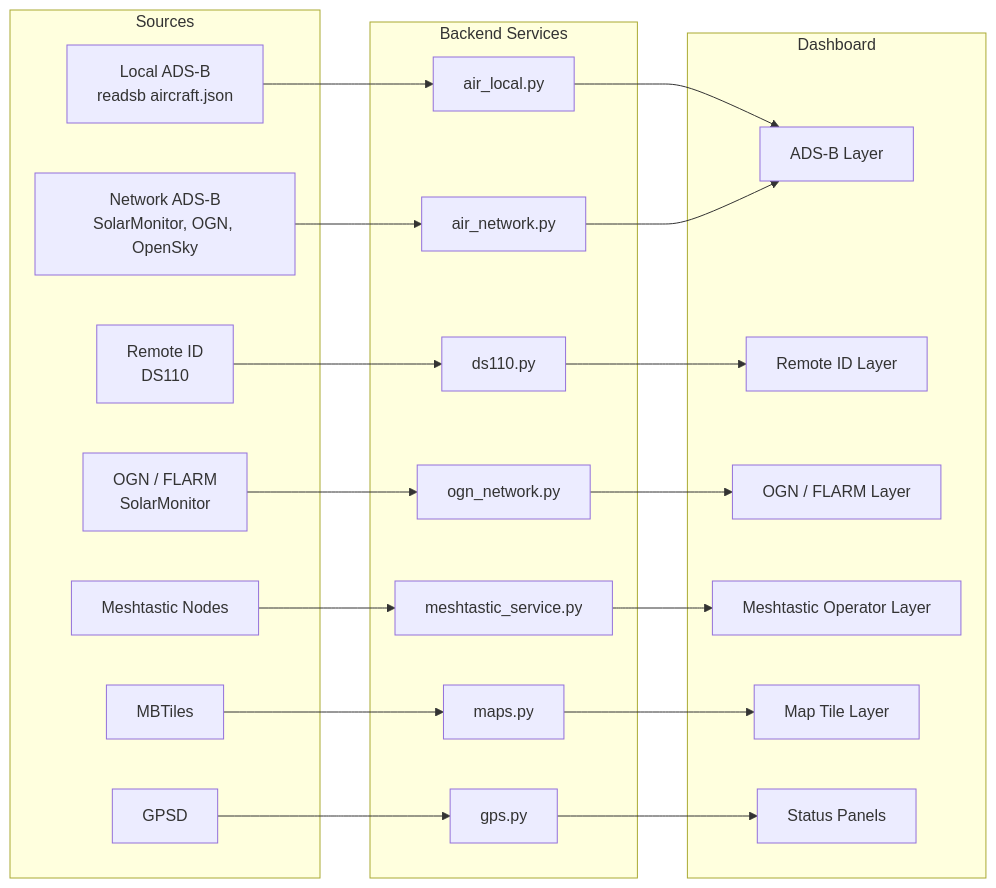
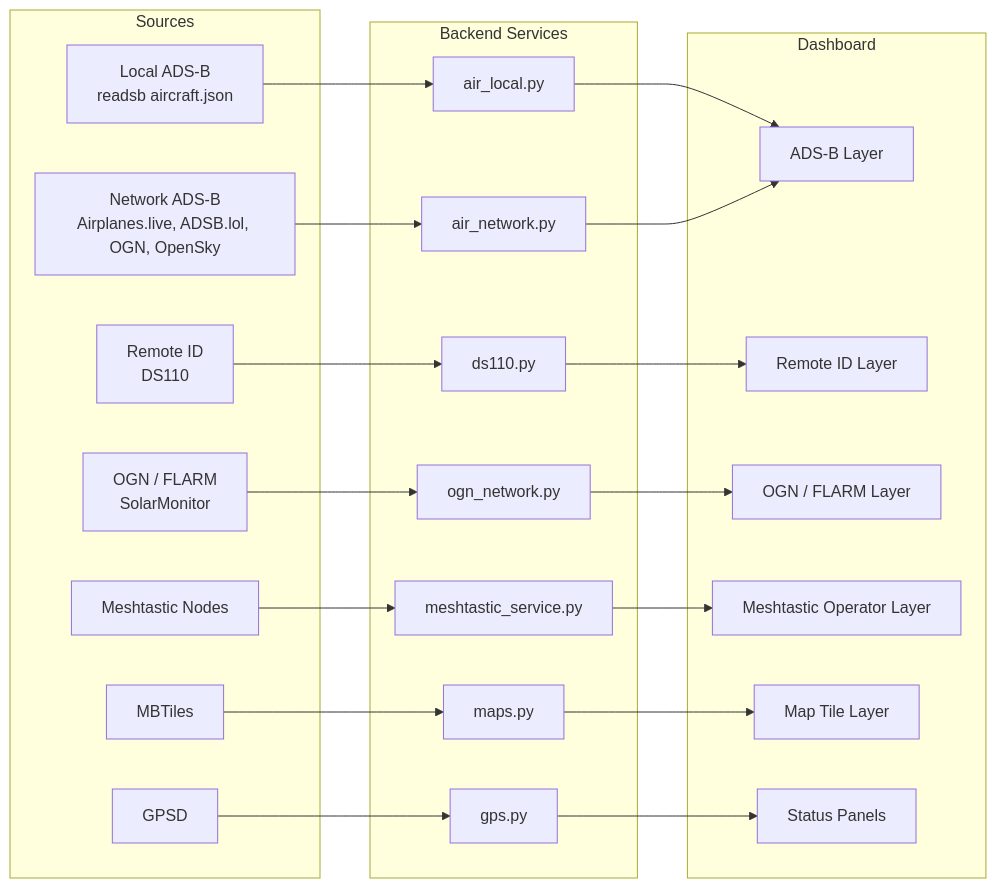
The seventh of 10 diagrams in tracker-mini/frontend/help/docs/developer/architecture.md (iz0qwm/drone_detector_antsdr_dronescout), drawn with Mermaid before and after one commit. The commit also changed other lines of this file and 32 other files, not shown here.

````diff
--- a/tracker-mini/frontend/help/docs/developer/architecture.md
+++ b/tracker-mini/frontend/help/docs/developer/architecture.md
@@ -369,40 +373,40 @@
 ```mermaid
 flowchart LR
 
     subgraph Sources["Sources"]
         LocalADSB["Local ADS-B<br/>readsb aircraft.json"]
-        NetworkADSB["Network ADS-B<br/>SolarMonitor, OGN, OpenSky"]
+        NetworkADSB["Network ADS-B<br/>Airplanes.live, ADSB.lol, OGN, OpenSky"]
         RID["Remote ID<br/>DS110"]
         OGN["OGN / FLARM<br/>SolarMonitor"]
         Mesh["Meshtastic Nodes"]
         GPS["GPSD"]
         Maps["MBTiles"]
     end
 
     subgraph Backend["Backend Services"]
         AirLocal["air_local.py"]
         AirNetwork["air_network.py"]
         DS110["ds110.py"]
         OGNService["ogn_network.py"]
         MeshService["meshtastic_service.py"]
         GPSService["gps.py"]
         MapService["maps.py"]
     end
 
     subgraph Frontend["Dashboard"]
         AirLayer["ADS-B Layer"]
         DroneLayer["Remote ID Layer"]
         GliderLayer["OGN / FLARM Layer"]
         TeamLayer["Meshtastic Operator Layer"]
         TileLayer["Map Tile Layer"]
         StatusPanels["Status Panels"]
     end
 
     LocalADSB --> AirLocal --> AirLayer
     NetworkADSB --> AirNetwork --> AirLayer
     RID --> DS110 --> DroneLayer
     OGN --> OGNService --> GliderLayer
     Mesh --> MeshService --> TeamLayer
     GPS --> GPSService --> StatusPanels
     Maps --> MapService --> TileLayer
 ```
````
